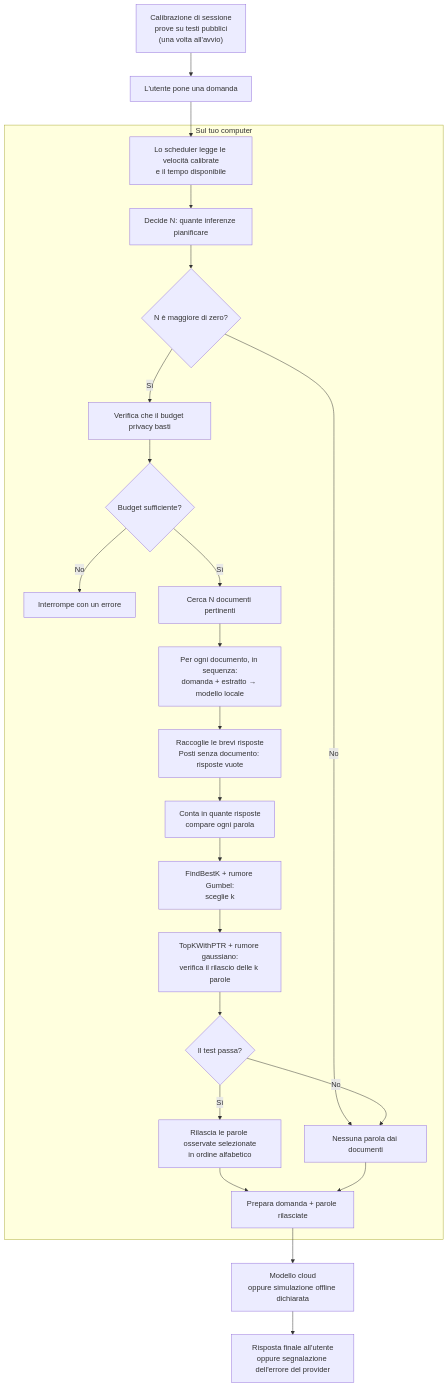
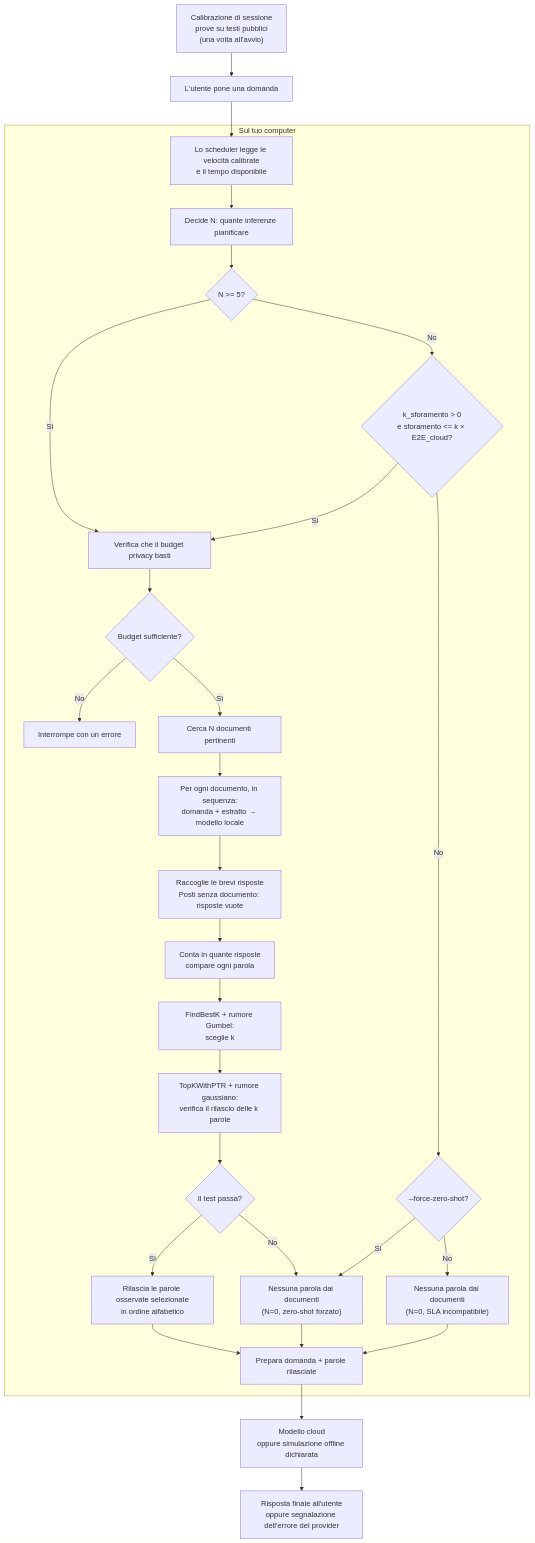
Before and after one commit to antoniocarino69/TesiUni: the diagram in schemaablocchi.md, drawn with Mermaid. The commit also changed other lines of this file and 12 other files, not shown here.

````diff
--- a/schemaablocchi.md
+++ b/schemaablocchi.md
@@ -5,29 +5,34 @@
 ```mermaid
 flowchart TD
     SETUP["Calibrazione di sessione<br/>prove su testi pubblici<br/>(una volta all'avvio)"] --> A
 
     A["L'utente pone una domanda"] --> B
 
     subgraph LOCALE["Sul tuo computer"]
         B["Lo scheduler legge le velocità calibrate<br/>e il tempo disponibile"] --> C["Decide N: quante inferenze pianificare"]
-        C --> D{"N è maggiore di zero?"}
-        D -->|No| E["Nessuna parola dai documenti"]
+        C --> D{"N >= 5?"}
         D -->|Sì| F["Verifica che il budget privacy basti"]
+        D -->|No| H{"k_sforamento > 0<br/>e sforamento <= k × E2E_cloud?"}
+        H -->|Sì| F
+        H -->|No| I{"--force-zero-shot?"}
+        I -->|Sì| E["Nessuna parola dai documenti<br/>(N=0, zero-shot forzato)"]
+        I -->|No| E2["Nessuna parola dai documenti<br/>(N=0, SLA incompatibile)"]
         F --> G{"Budget sufficiente?"}
         G -->|No| X["Interrompe con un errore"]
-        G -->|Sì| H["Cerca N documenti pertinenti"]
-        H --> I["Per ogni documento, in sequenza:<br/>domanda + estratto → modello locale"]
-        I --> J["Raccoglie le brevi risposte<br/>Posti senza documento: risposte vuote"]
-        J --> K["Conta in quante risposte<br/>compare ogni parola"]
-        K --> L["FindBestK + rumore Gumbel:<br/>sceglie k"]
-        L --> M["TopKWithPTR + rumore gaussiano:<br/>verifica il rilascio delle k parole"]
-        M --> O{"Il test passa?"}
-        O -->|Sì| P["Rilascia le parole osservate selezionate<br/>in ordine alfabetico"]
-        O -->|No| E
-        P --> Q["Prepara domanda + parole rilasciate"]
-        E --> Q
+        G -->|Sì| J["Cerca N documenti pertinenti"]
+        J --> K["Per ogni documento, in sequenza:<br/>domanda + estratto → modello locale"]
+        K --> L["Raccoglie le brevi risposte<br/>Posti senza documento: risposte vuote"]
+        L --> M["Conta in quante risposte<br/>compare ogni parola"]
+        M --> N["FindBestK + rumore Gumbel:<br/>sceglie k"]
+        N --> O["TopKWithPTR + rumore gaussiano:<br/>verifica il rilascio delle k parole"]
+        O --> P{"Il test passa?"}
+        P -->|Sì| Q["Rilascia le parole osservate selezionate<br/>in ordine alfabetico"]
+        P -->|No| E
+        Q --> R2["Prepara domanda + parole rilasciate"]
+        E --> R2
+        E2 --> R2
     end
 
-    Q --> R["Modello cloud<br/>oppure simulazione offline dichiarata"]
-    R --> S["Risposta finale all'utente<br/>oppure segnalazione dell'errore del provider"]
+    R2 --> S["Modello cloud<br/>oppure simulazione offline dichiarata"]
+    S --> T["Risposta finale all'utente<br/>oppure segnalazione dell'errore del provider"]
 ```
````
